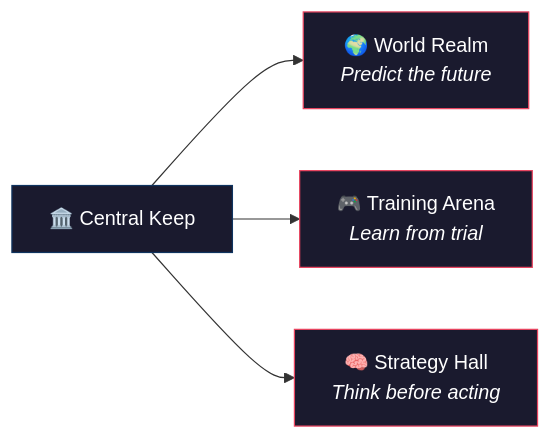
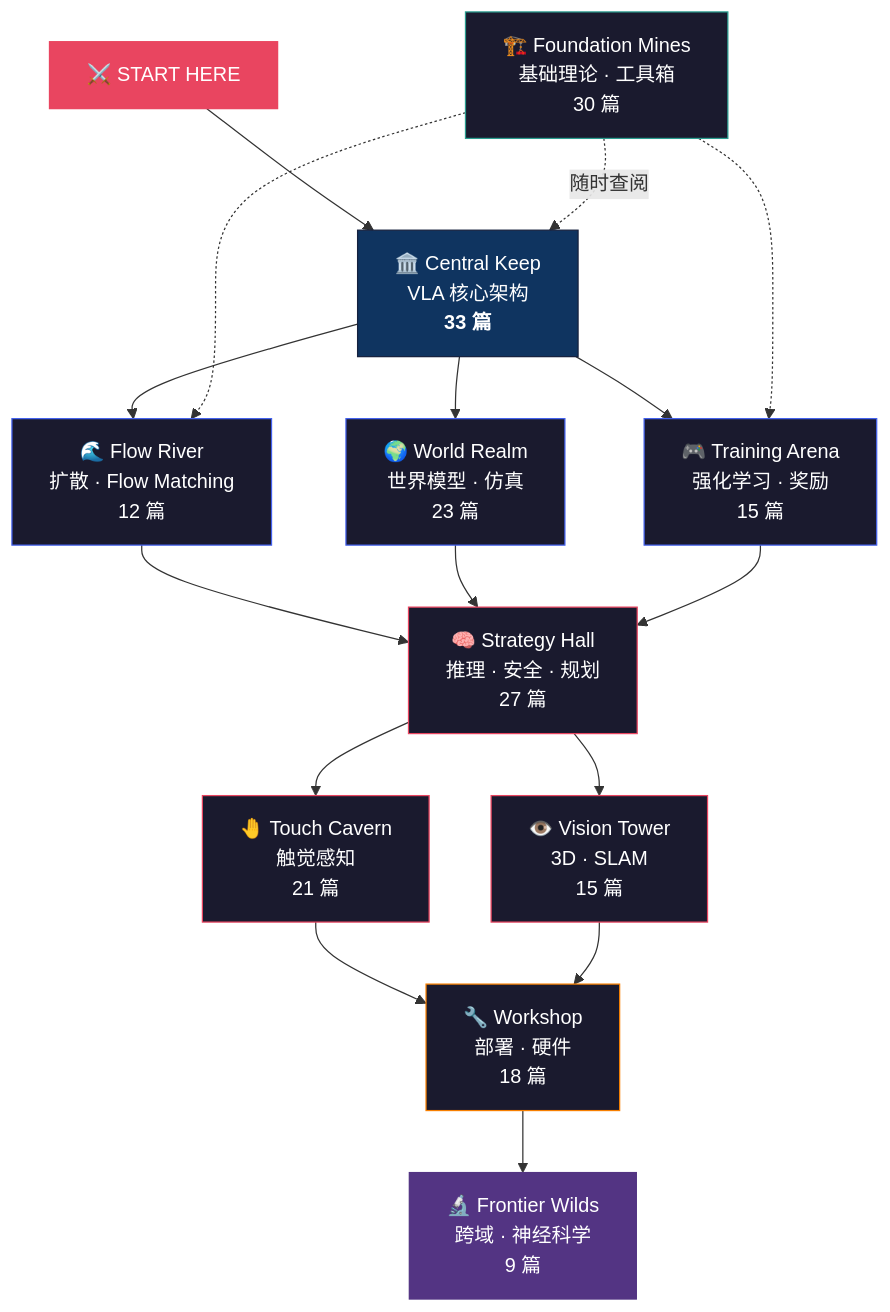
Before and after one commit to sou350121/VLA-Handbook: the diagram in theory/README.md, drawn with Mermaid. The commit also changed other lines of this file, not shown here.

Commit message:
docs: redesign Explorer Map — better hierarchy, collapsible zones, cleaner flow

````diff
--- a/theory/README.md
+++ b/theory/README.md
@@ -194,11 +27,36 @@
 ```mermaid
-graph LR
-    A["🏛️ Central Keep"] --> B["🌍 World Realm<br/><i>Predict the future</i>"]
-    A --> C["🎮 Training Arena<br/><i>Learn from trial</i>"]
-    A --> D["🧠 Strategy Hall<br/><i>Think before acting</i>"]
+graph TD
+    START["⚔️ START HERE"] --> CORE["🏛️ Central Keep<br/>VLA 核心架构<br/><b>33 篇</b>"]
 
-    style A fill:#1a1a2e,stroke:#0f3460,color:#fff
-    style B fill:#1a1a2e,stroke:#e94560,color:#fff
-    style C fill:#1a1a2e,stroke:#e94560,color:#fff
-    style D fill:#1a1a2e,stroke:#e94560,color:#fff
+    CORE --> FLOW["🌊 Flow River<br/>扩散 · Flow Matching<br/>12 篇"]
+    CORE --> WORLD["🌍 World Realm<br/>世界模型 · 仿真<br/>23 篇"]
+    CORE --> RL["🎮 Training Arena<br/>强化学习 · 奖励<br/>15 篇"]
+
+    FLOW --> PLAN["🧠 Strategy Hall<br/>推理 · 安全 · 规划<br/>27 篇"]
+    WORLD --> PLAN
+    RL --> PLAN
+
+    PLAN --> TOUCH["🤚 Touch Cavern<br/>触觉感知<br/>21 篇"]
+    PLAN --> EYE["👁️ Vision Tower<br/>3D · SLAM<br/>15 篇"]
+
+    TOUCH --> DEPLOY["🔧 Workshop<br/>部署 · 硬件<br/>18 篇"]
+    EYE --> DEPLOY
+
+    DEPLOY --> FRONTIER["🔬 Frontier Wilds<br/>跨域 · 神经科学<br/>9 篇"]
+
+    FOUND["🏗️ Foundation Mines<br/>基础理论 · 工具箱<br/>30 篇"] -.->|随时查阅| CORE
+    FOUND -.-> FLOW
+    FOUND -.-> RL
+
+    style START fill:#e94560,stroke:#e94560,color:#fff
+    style CORE fill:#0f3460,stroke:#16213e,color:#fff
+    style FLOW fill:#1a1a2e,stroke:#4361ee,color:#fff
+    style WORLD fill:#1a1a2e,stroke:#4361ee,color:#fff
+    style RL fill:#1a1a2e,stroke:#4361ee,color:#fff
+    style PLAN fill:#1a1a2e,stroke:#e94560,color:#fff
+    style TOUCH fill:#1a1a2e,stroke:#e94560,color:#fff
+    style EYE fill:#1a1a2e,stroke:#e94560,color:#fff
+    style DEPLOY fill:#1a1a2e,stroke:#f77f00,color:#fff
+    style FRONTIER fill:#533483,stroke:#533483,color:#fff
+    style FOUND fill:#1a1a2e,stroke:#2a9d8f,color:#fff
 ```
````
